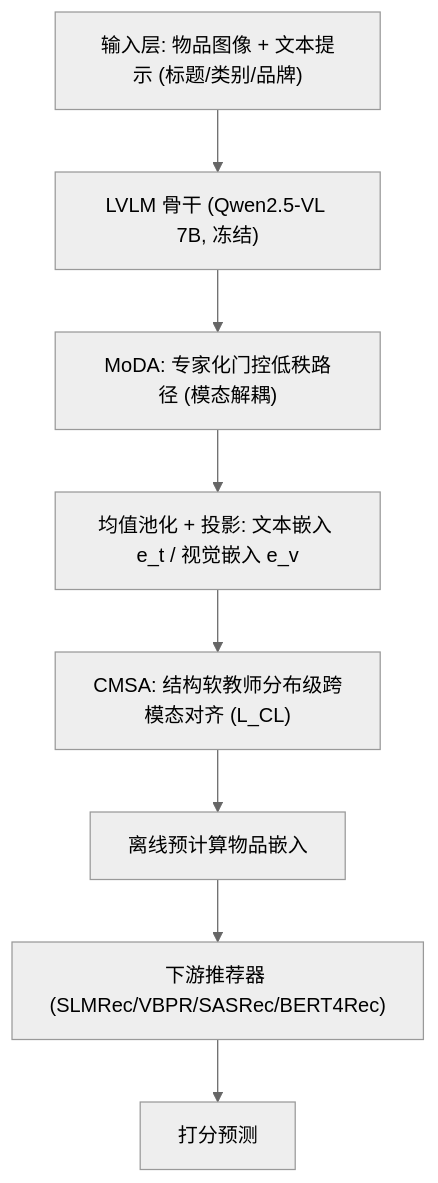
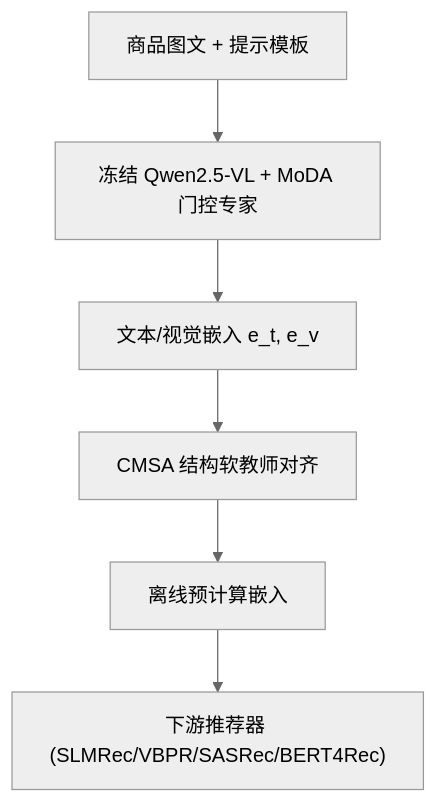
The diagram in docs/venues/SIGIR/2026/multimodal_rec/structural_and_disentangled_adaptation_of_large_vision_language_models_for_.md (jbdcia321vw/Paper-Notes), drawn with Mermaid (neutral theme) before and after one commit. The commit also changed other lines of this file and 1119 other files, not shown here.

````diff
--- a/docs/venues/SIGIR/2026/multimodal_rec/structural_and_disentangled_adaptation_of_large_vision_language_models_for_.md
+++ b/docs/venues/SIGIR/2026/multimodal_rec/structural_and_disentangled_adaptation_of_large_vision_language_models_for_.md
@@ -60,10 +50,8 @@
 ```mermaid
 flowchart TD
-    A["输入层: 物品图像 + 文本提示 (标题/类别/品牌)"] --> B["LVLM 骨干 (Qwen2.5-VL 7B, 冻结)"]
-    B --> C["MoDA: 专家化门控低秩路径 (模态解耦)"]
-    C --> D["均值池化 + 投影: 文本嵌入 e_t / 视觉嵌入 e_v"]
-    D --> E["CMSA: 结构软教师分布级跨模态对齐 (L_CL)"]
-    E --> F["离线预计算物品嵌入"]
-    F --> G["下游推荐器 (SLMRec/VBPR/SASRec/BERT4Rec)"]
-    G --> H["打分预测"]
+    A["商品图文 + 提示模板"] --> B["冻结 Qwen2.5-VL + MoDA 门控专家"]
+    B --> C["文本/视觉嵌入 e_t, e_v"]
+    C --> D["CMSA 结构软教师对齐"]
+    D --> E["离线预计算嵌入"]
+    E --> F["下游推荐器 (SLMRec/VBPR/SASRec/BERT4Rec)"]
 ```
````
